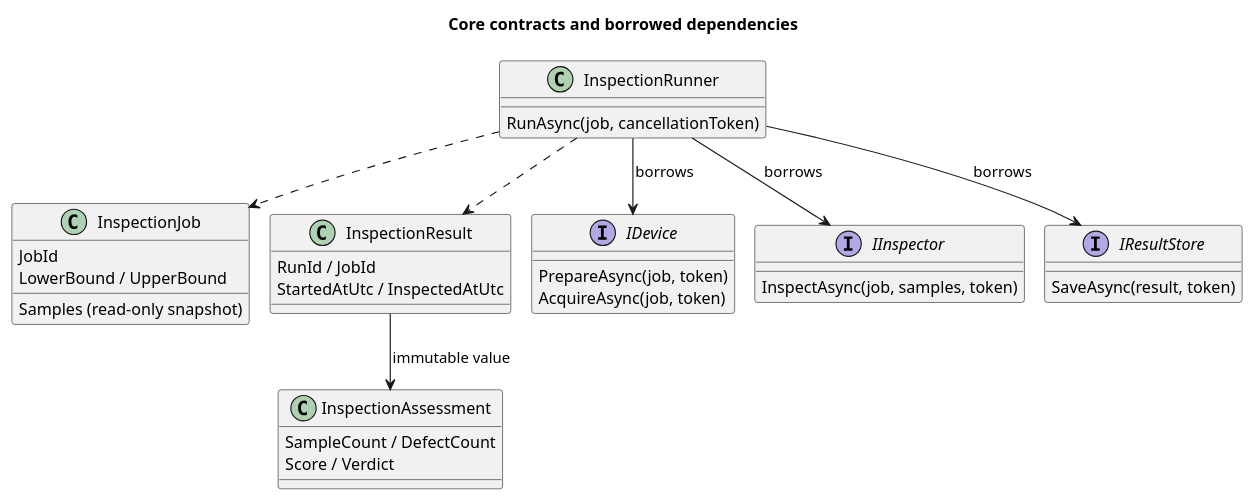
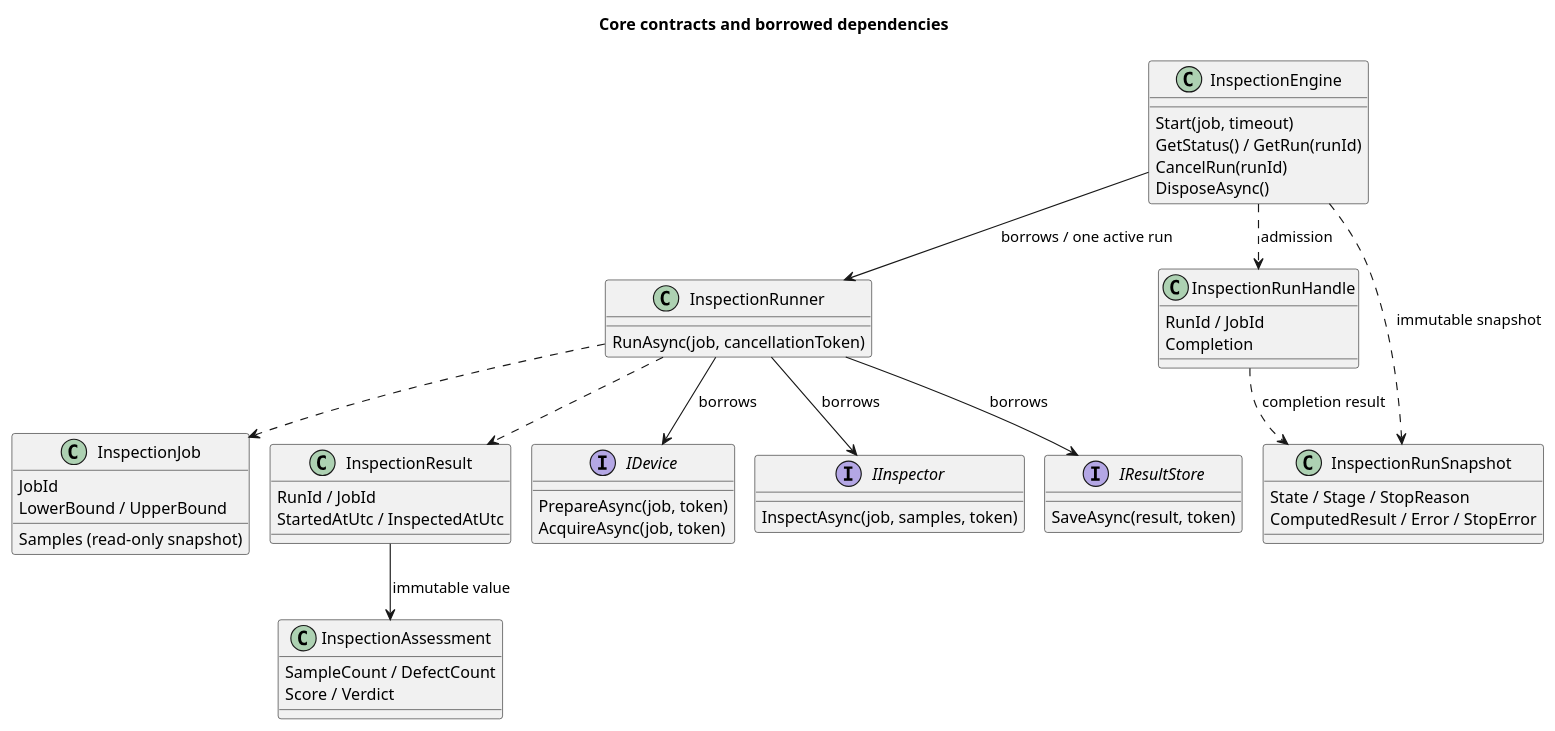
Before and after one commit to Myoungmin/CSharp-InspectionCore-Lab: the diagram in docs/diagrams/core-class.puml, drawn with PlantUML. The commit also changed 34 other files, not shown here.

Commit message:
feat: add single-run engine with cancellation and timeouts

```diff
--- a/docs/diagrams/core-class.puml
+++ b/docs/diagrams/core-class.puml
@@ -1,36 +1,54 @@
 @startuml core-class
 !pragma layout smetana
 title Core contracts and borrowed dependencies
 class InspectionJob {
   JobId
   Samples (read-only snapshot)
   LowerBound / UpperBound
 }
 class InspectionResult {
   RunId / JobId
   StartedAtUtc / InspectedAtUtc
 }
 class InspectionAssessment {
   SampleCount / DefectCount
   Score / Verdict
 }
 class InspectionRunner {
   RunAsync(job, cancellationToken)
 }
+class InspectionEngine {
+  Start(job, timeout)
+  GetStatus() / GetRun(runId)
+  CancelRun(runId)
+  DisposeAsync()
+}
+class InspectionRunHandle {
+  RunId / JobId
+  Completion
+}
+class InspectionRunSnapshot {
+  State / Stage / StopReason
+  ComputedResult / Error / StopError
+}
 interface IDevice {
   PrepareAsync(job, token)
   AcquireAsync(job, token)
 }
 interface IInspector {
   InspectAsync(job, samples, token)
 }
 interface IResultStore {
   SaveAsync(result, token)
 }
 InspectionRunner --> IDevice : borrows
+InspectionEngine --> InspectionRunner : borrows / one active run
+InspectionEngine ..> InspectionRunHandle : admission
+InspectionEngine ..> InspectionRunSnapshot : immutable snapshot
+InspectionRunHandle ..> InspectionRunSnapshot : completion result
 InspectionRunner --> IInspector : borrows
 InspectionRunner --> IResultStore : borrows
 InspectionRunner ..> InspectionJob
 InspectionRunner ..> InspectionResult
 InspectionResult --> InspectionAssessment : immutable value
 @enduml
```
